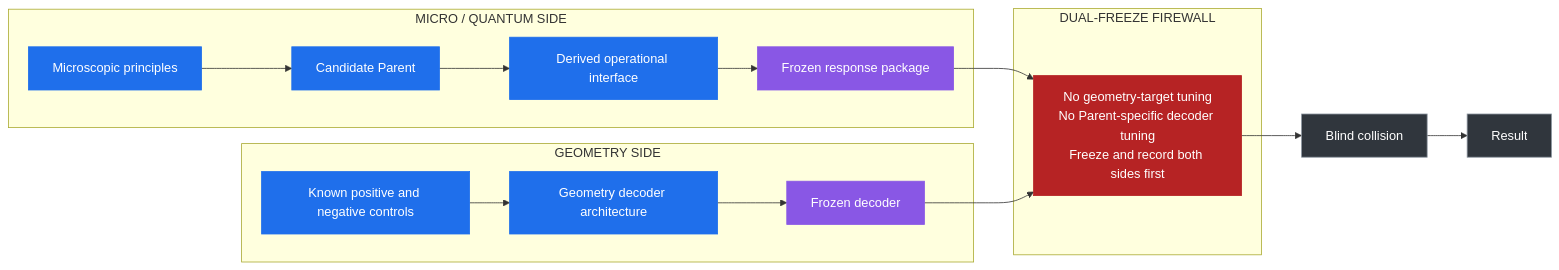
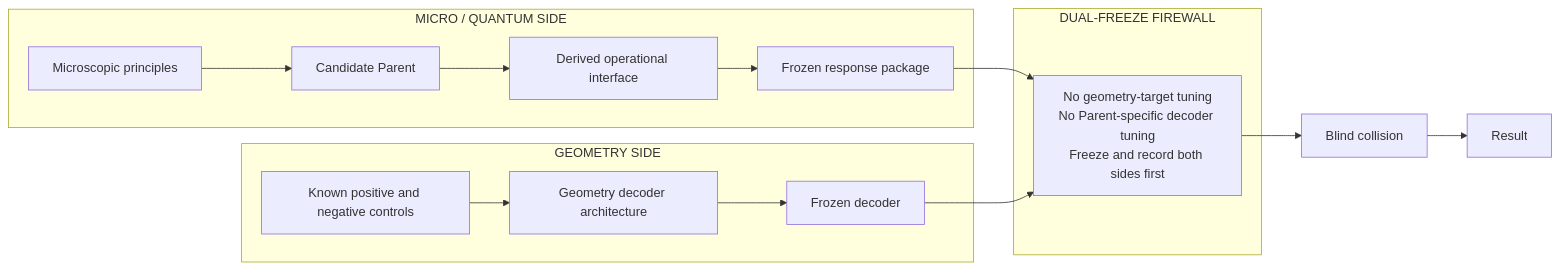
The first of 5 diagrams in Simplified_Framework/WHY_THIS_IS_NOT_A_THEORY_OF_EVERYTHING_YET.md (cameron467/The-Unbreakable-Law), drawn with Mermaid before and after one commit.

````diff
--- a/Simplified_Framework/WHY_THIS_IS_NOT_A_THEORY_OF_EVERYTHING_YET.md
+++ b/Simplified_Framework/WHY_THIS_IS_NOT_A_THEORY_OF_EVERYTHING_YET.md
@@ -40,43 +40,38 @@
 ```mermaid
 flowchart LR
 
     subgraph MICRO["MICRO / QUANTUM SIDE"]
         A["Microscopic principles"]
         B["Candidate Parent"]
         C["Derived operational interface"]
         D["Frozen response package"]
 
         A --> B
         B --> C
         C --> D
     end
 
     subgraph FIREWALL["DUAL-FREEZE FIREWALL"]
         F["No geometry-target tuning<br/>No Parent-specific decoder tuning<br/>Freeze and record both sides first"]
     end
 
     subgraph GEOM["GEOMETRY SIDE"]
         G["Known positive and negative controls"]
         H["Geometry decoder architecture"]
         I["Frozen decoder"]
 
         G --> H
         H --> I
     end
 
     D --> F
     I --> F
 
     F --> J["Blind collision"]
     J --> K["Result"]
 
-    classDef build fill:#1f6feb,stroke:#1f6feb,color:#ffffff;
-    classDef freeze fill:#8957e5,stroke:#8957e5,color:#ffffff;
-    classDef firewall fill:#b62324,stroke:#b62324,color:#ffffff;
-    classDef result fill:#30363d,stroke:#8b949e,color:#ffffff;
-
     class A,B,C,G,H build;
     class D,I freeze;
     class F firewall;
     class J,K result;
 ```
````
